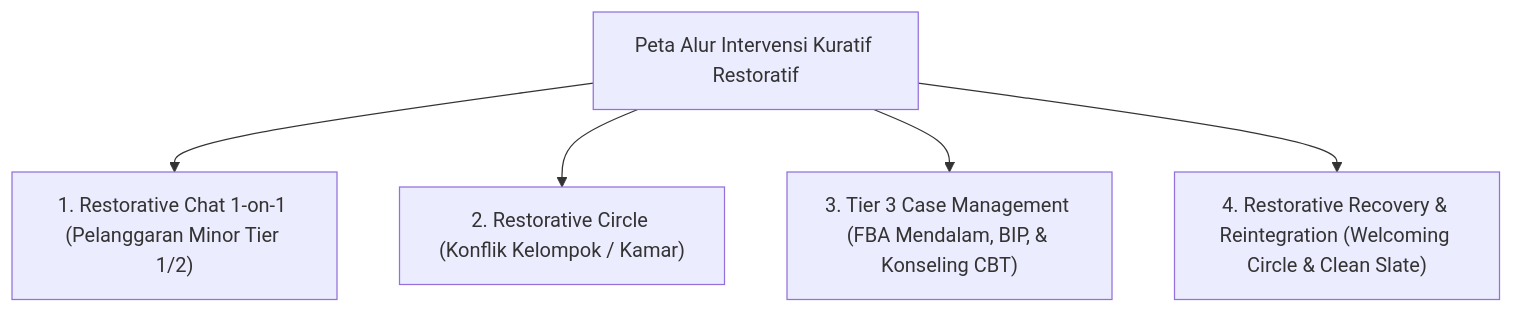
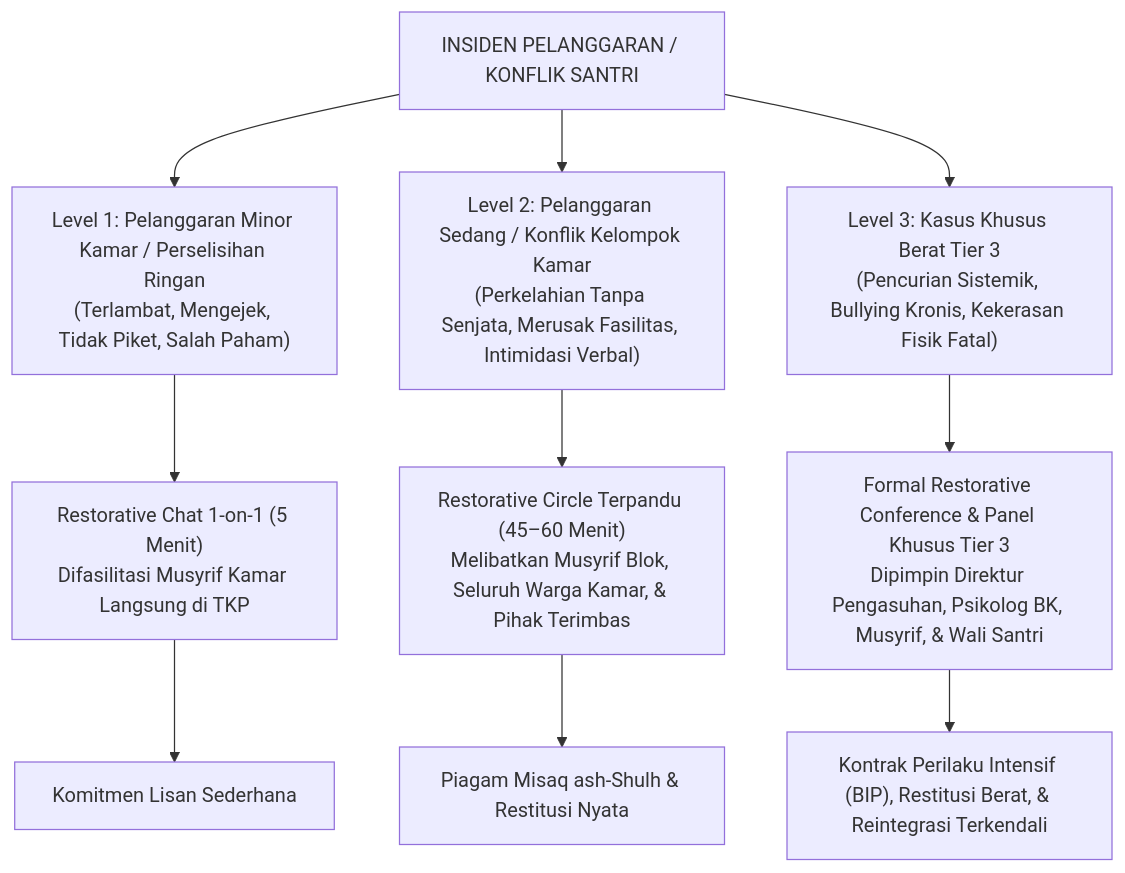
The diagram in .agents/skills/pakar-kuratif-restoratif/SKILL.md (wandiapriliyandi/tumbuh), drawn with Mermaid before and after one commit. The commit also changed other lines of this file and 22 other files, not shown here.

````diff
--- a/.agents/skills/pakar-kuratif-restoratif/SKILL.md
+++ b/.agents/skills/pakar-kuratif-restoratif/SKILL.md
@@ -17,8 +36,16 @@
 ```mermaid
 graph TD
-    CurativeModel["Peta Alur Intervensi Kuratif Restoratif"]
-    CurativeModel --> Chat["1. Restorative Chat 1-on-1 (Pelanggaran Minor Tier 1/2)"]
-    CurativeModel --> Circle["2. Restorative Circle (Konflik Kelompok / Kamar)"]
-    CurativeModel --> Tier3Case["3. Tier 3 Case Management (FBA Mendalam, BIP, & Konseling CBT)"]
-    CurativeModel --> Reintegration["4. Restorative Recovery & Reintegration (Welcoming Circle & Clean Slate)"]
+    Insiden["INSIDEN PELANGGARAN / KONFLIK SANTRI"]
+    
+    Insiden --> Level1["Level 1: Pelanggaran Minor Kamar / Perselisihan Ringan<br/>(Terlambat, Mengejek, Tidak Piket, Salah Paham)"]
+    Insiden --> Level2["Level 2: Pelanggaran Sedang / Konflik Kelompok Kamar<br/>(Perkelahian Tanpa Senjata, Merusak Fasilitas, Intimidasi Verbal)"]
+    Insiden --> Level3["Level 3: Kasus Khusus Berat Tier 3<br/>(Pencurian Sistemik, Bullying Kronis, Kekerasan Fisik Fatal)"]
+    
+    Level1 --> Resp1["Restorative Chat 1-on-1 (5 Menit)<br/>Difasilitasi Musyrif Kamar Langsung di TKP"]
+    Level2 --> Resp2["Restorative Circle Terpandu (45–60 Menit)<br/>Melibatkan Musyrif Blok, Seluruh Warga Kamar, & Pihak Terimbas"]
+    Level3 --> Resp3["Formal Restorative Conference & Panel Khusus Tier 3<br/>Dipimpin Direktur Pengasuhan, Psikolog BK, Musyrif, & Wali Santri"]
+    
+    Resp1 --> Piagam1["Komitmen Lisan Sederhana"]
+    Resp2 --> Piagam2["Piagam Misaq ash-Shulh & Restitusi Nyata"]
+    Resp3 --> Piagam3["Kontrak Perilaku Intensif (BIP), Restitusi Berat, & Reintegrasi Terkendali"]
 ```
````
